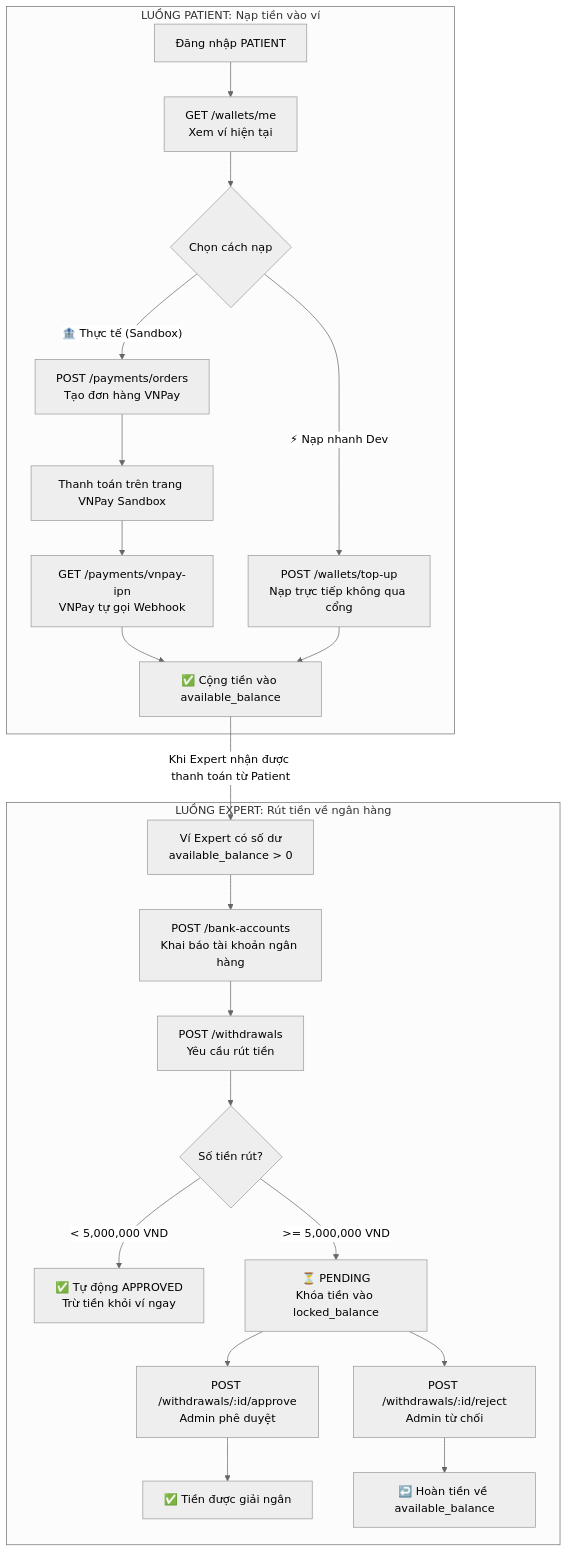
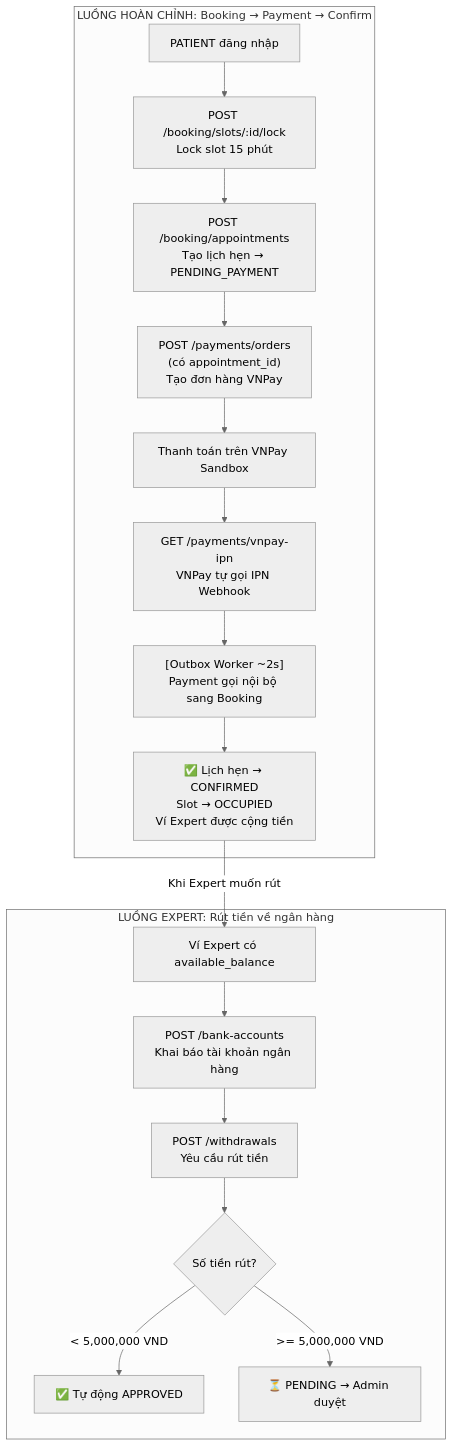
The diagram in PAYMENT_GUIDE.md (MinhKhongCau/GraduationProject), drawn with Mermaid (neutral theme) before and after one commit. The commit also changed other lines of this file and 30 other files, not shown here.

Commit message:
feat: implement outbox publisher worker for event dispatching and create reusable internal HTTP client for service communication

````diff
--- a/PAYMENT_GUIDE.md
+++ b/PAYMENT_GUIDE.md
@@ -15,26 +16,21 @@
 ```mermaid
 flowchart TD
-    subgraph "LUỒNG PATIENT: Nạp tiền vào ví"
-        A[Đăng nhập PATIENT] --> B["GET /wallets/me\nXem ví hiện tại"]
-        B --> C{Chọn cách nạp}
-        C -->|"🏦 Thực tế (Sandbox)"| D["POST /payments/orders\nTạo đơn hàng VNPay"]
-        D --> E[Thanh toán trên trang VNPay Sandbox]
-        E --> F["GET /payments/vnpay-ipn\nVNPay tự gọi Webhook"]
-        F --> G[✅ Cộng tiền vào available_balance]
-        C -->|"⚡ Nạp nhanh Dev"| H["POST /wallets/top-up\nNạp trực tiếp không qua cổng"]
-        H --> G
+    subgraph "LUỒNG HOÀN CHỈNH: Booking → Payment → Confirm"
+        A[PATIENT đăng nhập] --> B["POST /booking/slots/:id/lock\nLock slot 15 phút"]
+        B --> C["POST /booking/appointments\nTạo lịch hẹn → PENDING_PAYMENT"]
+        C --> D["POST /payments/orders\n(có appointment_id)\nTạo đơn hàng VNPay"]
+        D --> E[Thanh toán trên VNPay Sandbox]
+        E --> F["GET /payments/vnpay-ipn\nVNPay tự gọi IPN Webhook"]
+        F --> G["[Outbox Worker ~2s]\nPayment gọi nội bộ sang Booking"]
+        G --> H[✅ Lịch hẹn → CONFIRMED\nSlot → OCCUPIED\nVí Expert được cộng tiền]
     end
 
     subgraph "LUỒNG EXPERT: Rút tiền về ngân hàng"
-        G -->|Khi Expert nhận được thanh toán từ Patient| I["Ví Expert có số dư\navailable_balance > 0"]
+        H -->|Khi Expert muốn rút| I["Ví Expert có available_balance"]
         I --> J["POST /bank-accounts\nKhai báo tài khoản ngân hàng"]
         J --> K["POST /withdrawals\nYêu cầu rút tiền"]
         K --> L{"Số tiền rút?"}
-        L -->|"< 5,000,000 VND"| M[✅ Tự động APPROVED\nTrừ tiền khỏi ví ngay]
-        L -->|">= 5,000,000 VND"| N["⏳ PENDING\nKhóa tiền vào locked_balance"]
-        N --> O["POST /withdrawals/:id/approve\nAdmin phê duyệt"]
-        N --> P["POST /withdrawals/:id/reject\nAdmin từ chối"]
-        O --> Q[✅ Tiền được giải ngân]
-        P --> R[↩️ Hoàn tiền về available_balance]
+        L -->|"< 5,000,000 VND"| M[✅ Tự động APPROVED]
+        L -->|">= 5,000,000 VND"| N["⏳ PENDING → Admin duyệt"]
     end
 ```
````
